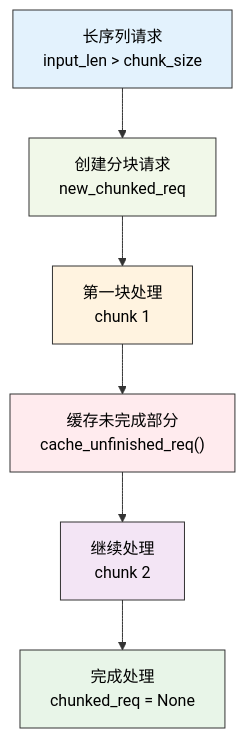
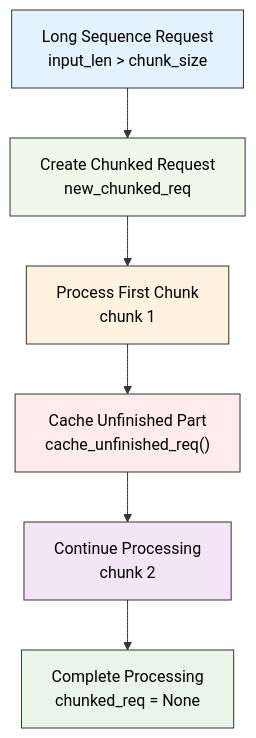
The fifth of 6 diagrams in SGLang开发者技术文档/01-调度器/04-批处理调度策略.md (JRChen0927/sglang), drawn with Mermaid before and after one commit. The commit also changed other lines of this file, not shown here.

````diff
--- a/SGLang开发者技术文档/01-调度器/04-批处理调度策略.md
+++ b/SGLang开发者技术文档/01-调度器/04-批处理调度策略.md
@@ -461,22 +461,22 @@
 ```mermaid
 graph TD
-    A["长序列请求<br/>input_len > chunk_size"]
-    B["创建分块请求<br/>new_chunked_req"]
-    C["第一块处理<br/>chunk 1"]
-    D["缓存未完成部分<br/>cache_unfinished_req()"]
-    E["继续处理<br/>chunk 2"]
-    F["完成处理<br/>chunked_req = None"]
+    A["Long Sequence Request<br/>input_len > chunk_size"]
+    B["Create Chunked Request<br/>new_chunked_req"]
+    C["Process First Chunk<br/>chunk 1"]
+    D["Cache Unfinished Part<br/>cache_unfinished_req()"]
+    E["Continue Processing<br/>chunk 2"]
+    F["Complete Processing<br/>chunked_req = None"]
 
     A --> B
     B --> C
     C --> D
     D --> E
     E --> F
 
     style A fill:#e3f2fd,color:#000000,stroke:#333
     style B fill:#f1f8e9,color:#000000,stroke:#333
     style C fill:#fff3e0,color:#000000,stroke:#333
     style D fill:#ffebee,color:#000000,stroke:#333
     style E fill:#f3e5f5,color:#000000,stroke:#333
     style F fill:#e8f5e8,color:#000000,stroke:#333
 ```
````
